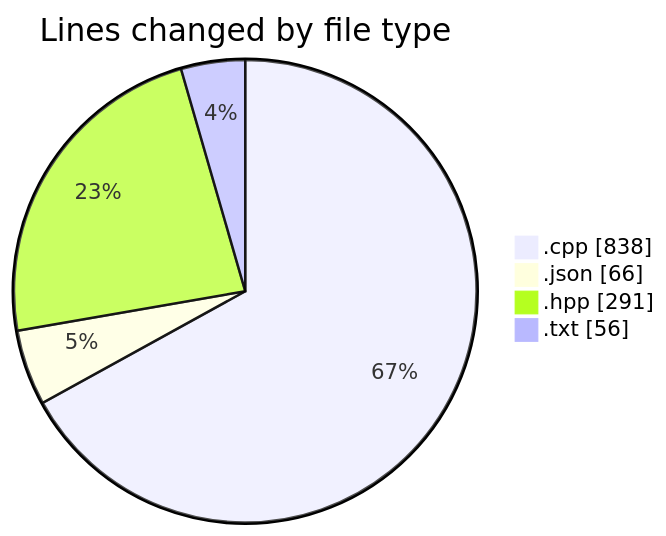
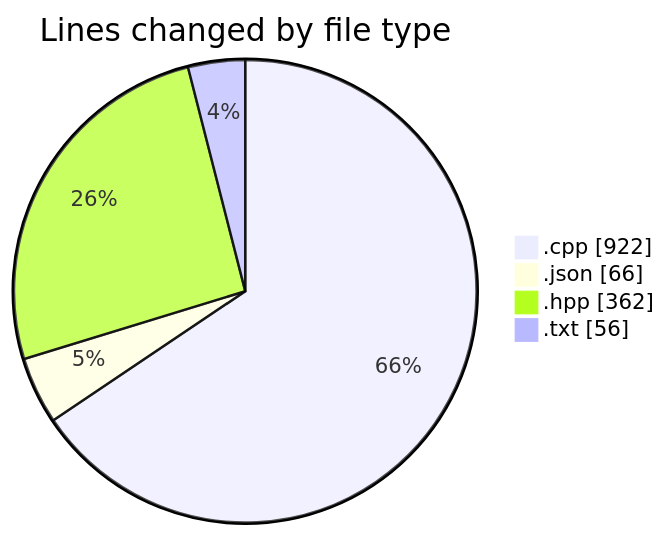
One commit to Netris89/code-tracking changed the first of 2 diagrams in 2025-04-21/echo/README.md. Above: the diagram before and after it, drawn with Mermaid. The commit also changed other lines of this file and 1 other file, not shown here.

````diff
--- a/2025-04-21/echo/README.md
+++ b/2025-04-21/echo/README.md
@@ -25,8 +25,8 @@
 ```mermaid
 pie showData
 title Lines changed by file type
-".cpp" : 838
+".cpp" : 922
 ".json" : 66
-".hpp" : 291
+".hpp" : 362
 ".txt" : 56
 ```
````
